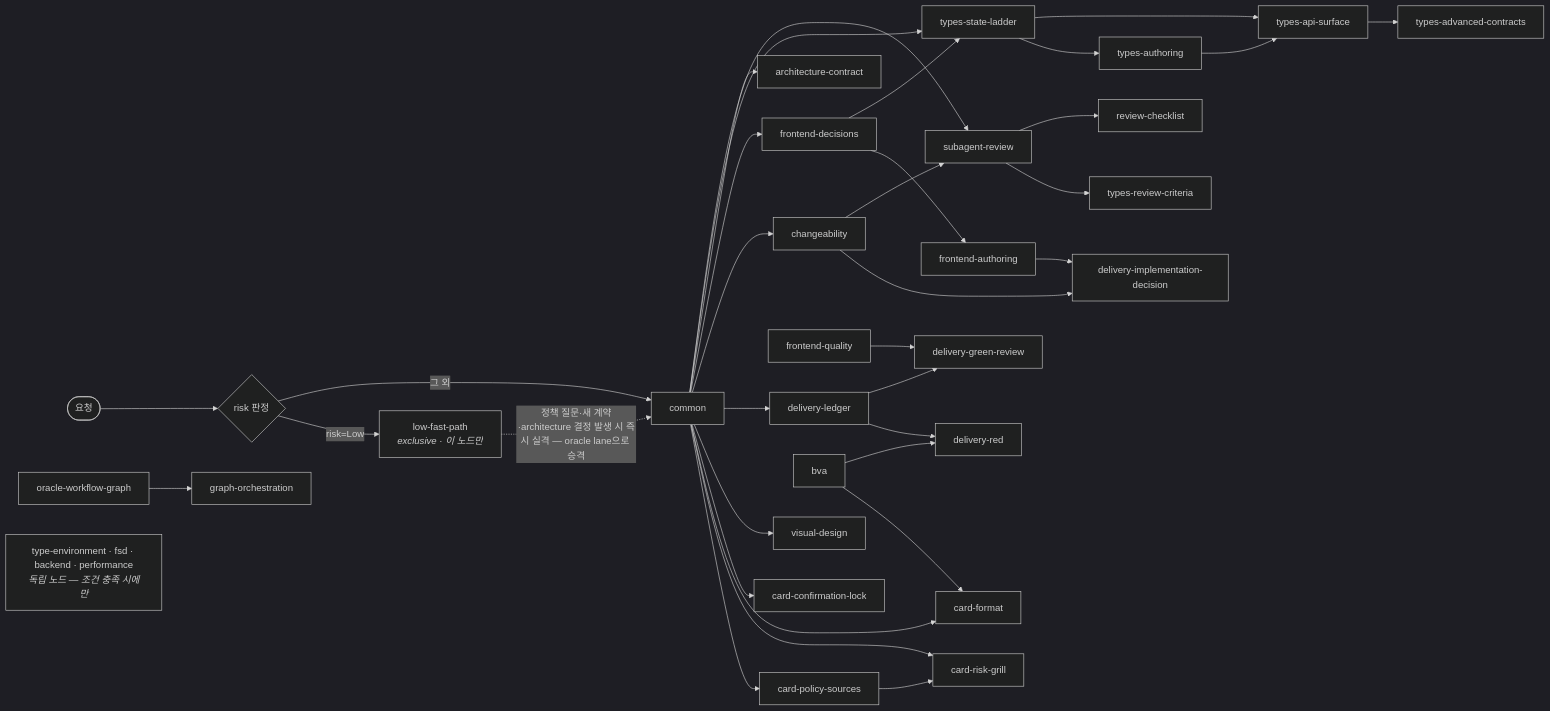
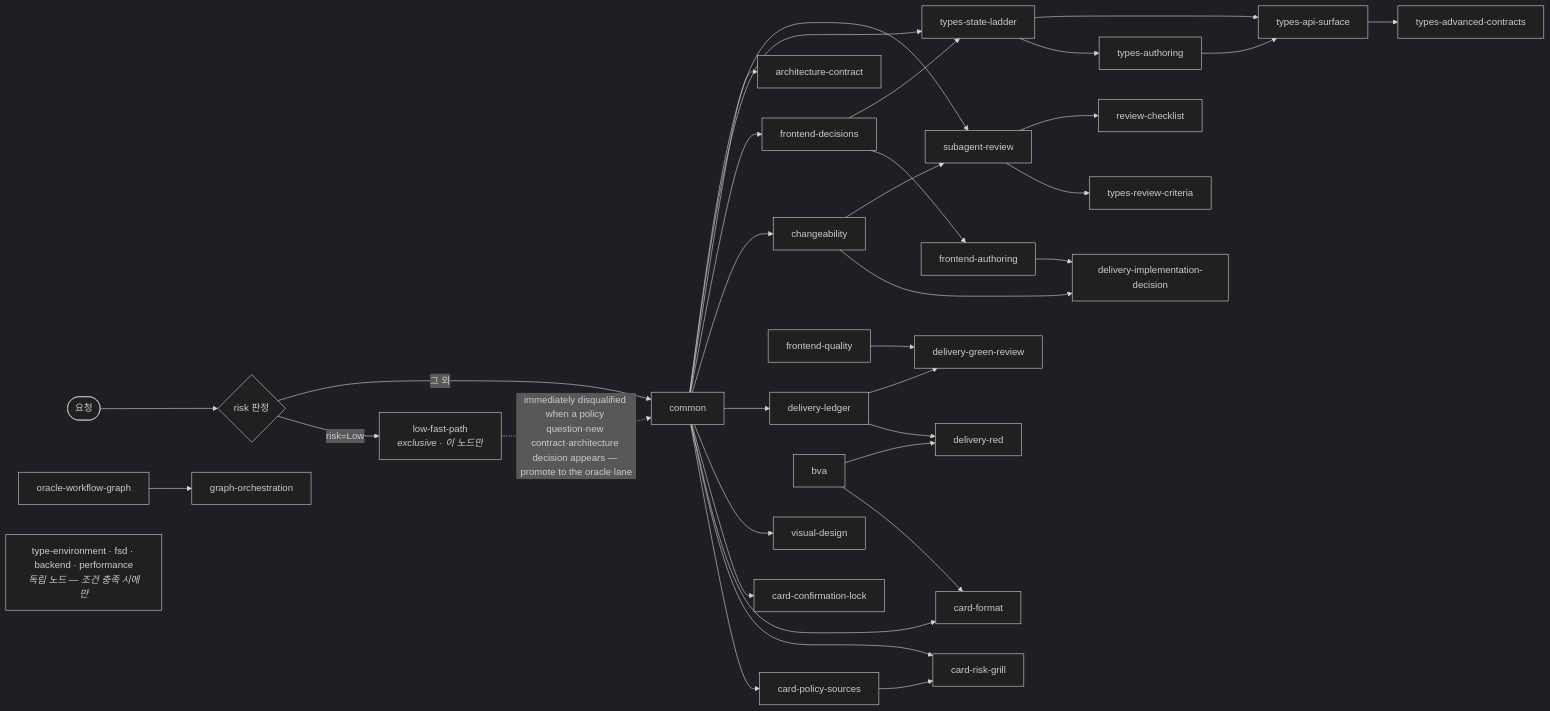
The second of 2 diagrams in packages/frontend-oracle-design/skills/README.md (lodado/shareds), drawn with Mermaid (dark theme) before and after one commit. The commit also changed 9 other files, not shown here.

````diff
--- a/packages/frontend-oracle-design/skills/README.md
+++ b/packages/frontend-oracle-design/skills/README.md
@@ -71,61 +71,61 @@
 ```mermaid
 flowchart LR
   START(["요청"]) --> RISK{"risk 판정"}
   RISK -->|"risk=Low"| low_fast_path["low-fast-path<br/><i>exclusive · 이 노드만</i>"]
-  low_fast_path -.->|"정책 질문·새 계약·architecture 결정 발생 시 즉시 실격 — oracle lane으로 승격"| common
+  low_fast_path -.->|"immediately disqualified when a policy question·new contract·architecture decision appears — promote to the oracle lane"| common
   RISK -->|"그 외"| common["common"]
 
   card_policy_sources["card-policy-sources"]
   card_risk_grill["card-risk-grill"]
   card_format["card-format"]
   card_confirmation_lock["card-confirmation-lock"]
   visual_design["visual-design"]
   delivery_ledger["delivery-ledger"]
   delivery_red["delivery-red"]
   delivery_implementation_decision["delivery-implementation-decision"]
   delivery_green_review["delivery-green-review"]
   frontend_decisions["frontend-decisions"]
   frontend_authoring["frontend-authoring"]
   frontend_quality["frontend-quality"]
   architecture_contract["architecture-contract"]
   types_state_ladder["types-state-ladder"]
   types_authoring["types-authoring"]
   types_api_surface["types-api-surface"]
   types_advanced_contracts["types-advanced-contracts"]
   types_review_criteria["types-review-criteria"]
   subagent_review["subagent-review"]
   review_checklist["review-checklist"]
   graph_orchestration["graph-orchestration"]
   oracle_workflow_graph["oracle-workflow-graph"]
 
   common --> card_policy_sources
   common --> card_risk_grill
   card_policy_sources --> card_risk_grill
   common --> card_format
   bva --> card_format
   common --> card_confirmation_lock
   common --> visual_design
   common --> delivery_ledger
   delivery_ledger --> delivery_red
   bva --> delivery_red
   changeability --> delivery_implementation_decision
   frontend_authoring --> delivery_implementation_decision
   delivery_ledger --> delivery_green_review
   frontend_quality --> delivery_green_review
   common --> changeability
   common --> frontend_decisions
   frontend_decisions --> frontend_authoring
   common --> architecture_contract
   common --> types_state_ladder
   frontend_decisions --> types_state_ladder
   types_state_ladder --> types_authoring
   types_state_ladder --> types_api_surface
   types_authoring --> types_api_surface
   types_api_surface --> types_advanced_contracts
   subagent_review --> types_review_criteria
   common --> subagent_review
   changeability --> subagent_review
   subagent_review --> review_checklist
   oracle_workflow_graph --> graph_orchestration
   IND["type-environment · fsd · backend · performance<br/><i>독립 노드 — 조건 충족 시에만</i>"]
 ```
````
